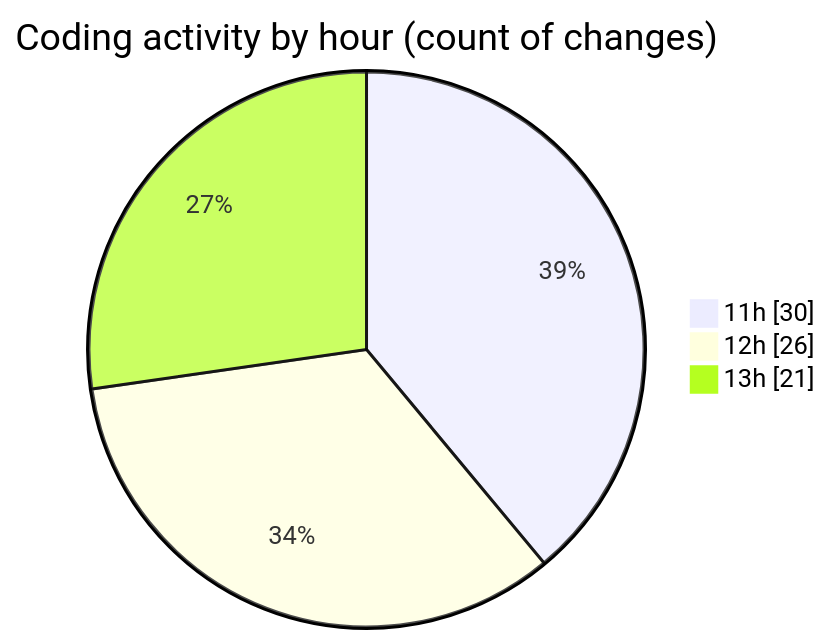
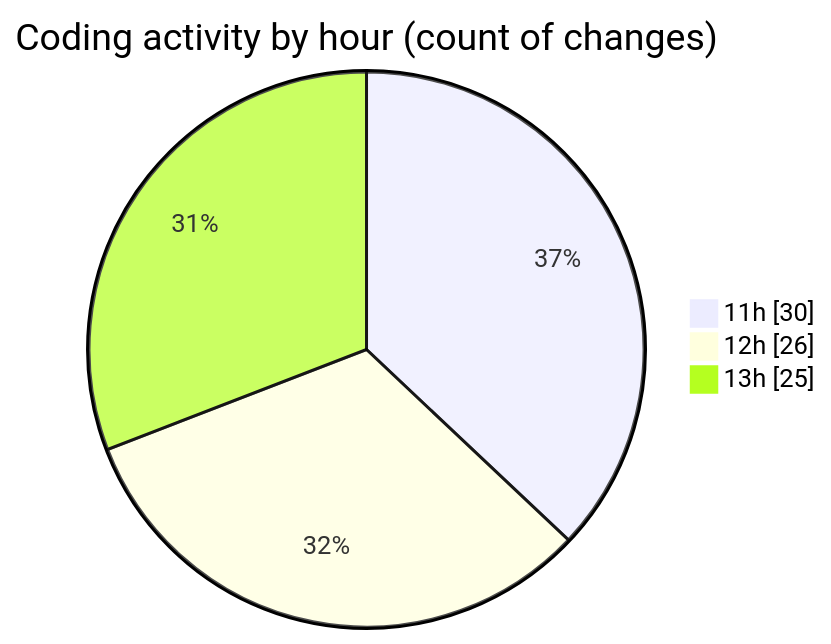
Before and after one commit to lephambinh05/code-tracking: the second of 2 diagrams in 2025-08-25/studybuddy/README.md, drawn with Mermaid. The commit also changed other lines of this file and 1 other file, not shown here.

````diff
--- a/2025-08-25/studybuddy/README.md
+++ b/2025-08-25/studybuddy/README.md
@@ -59,7 +59,7 @@
 ```mermaid
 pie showData
 title Coding activity by hour (count of changes)
 "11h" : 30
 "12h" : 26
-"13h" : 21
+"13h" : 25
 ```
````
